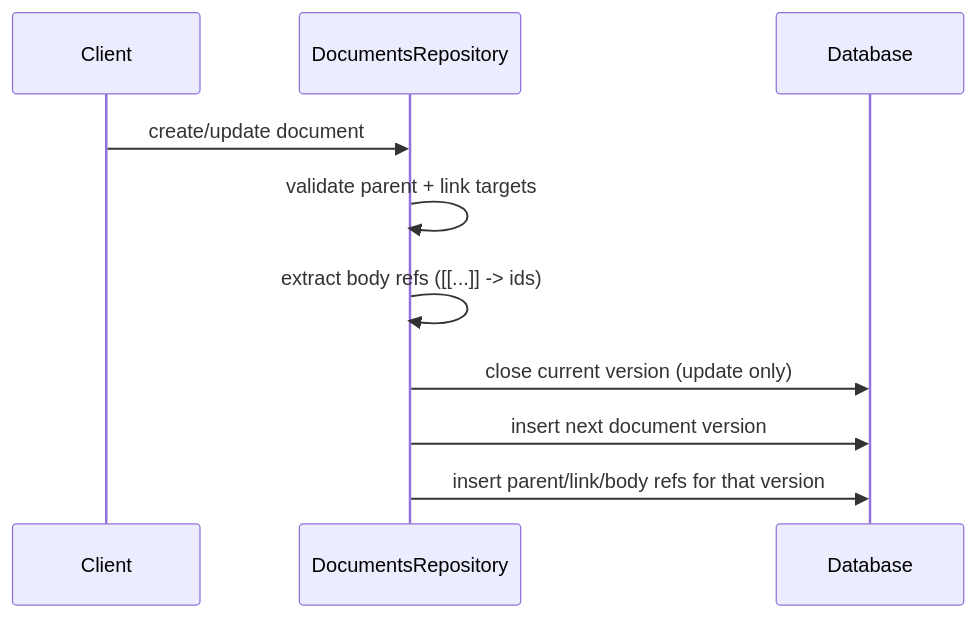
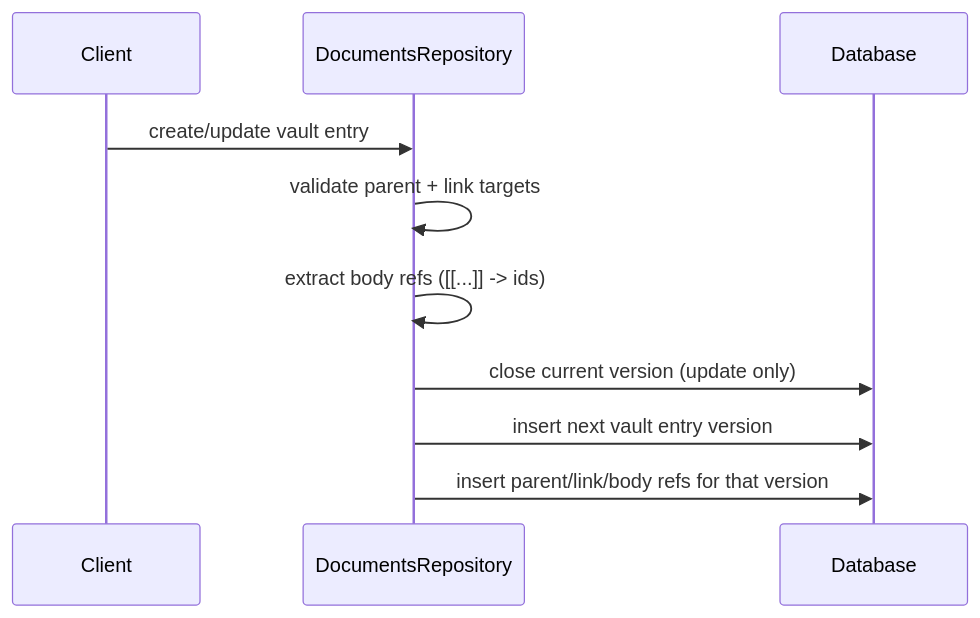
The third of 4 diagrams in doc/documents.md (ex3ndr/daycare), drawn with Mermaid before and after one commit. The commit also changed other lines of this file and 112 other files, not shown here.

````diff
--- a/doc/documents.md
+++ b/doc/documents.md
@@ -55,13 +56,13 @@
 ```mermaid
 sequenceDiagram
     participant Client
     participant Repo as DocumentsRepository
     participant DB as Database
 
-    Client->>Repo: create/update document
+    Client->>Repo: create/update vault entry
     Repo->>Repo: validate parent + link targets
     Repo->>Repo: extract body refs ([[...]] -> ids)
     Repo->>DB: close current version (update only)
-    Repo->>DB: insert next document version
+    Repo->>DB: insert next vault entry version
     Repo->>DB: insert parent/link/body refs for that version
 ```
````
